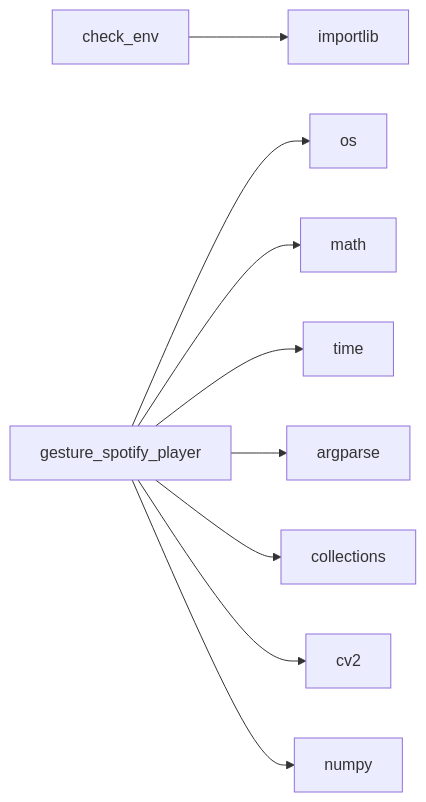
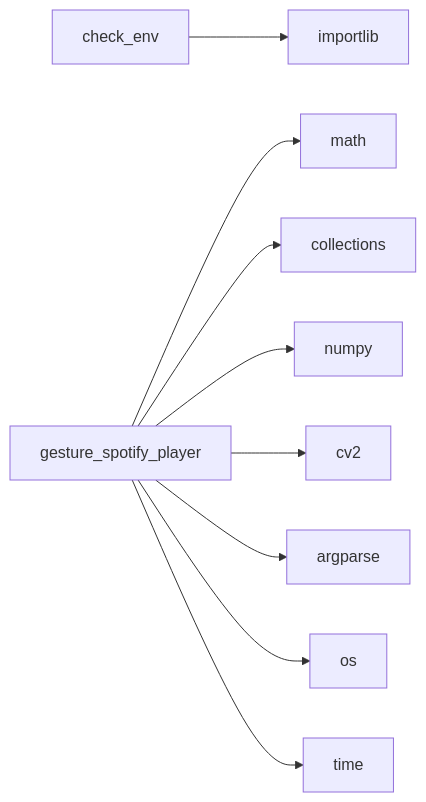
Before and after one commit to NITISH-R-G/PalmPlay1: the diagram in .github/docs/dependencies.md, drawn with Mermaid. The commit also changed other lines of this file and 3 other files, not shown here.

Commit message:
docs: update repository documentation and diagrams [skip ci]

````diff
--- a/.github/docs/dependencies.md
+++ b/.github/docs/dependencies.md
@@ -3,15 +3,15 @@
 ```mermaid
 graph LR
     check_env[check_env]
     check_env --> importlib[importlib]
     gesture_spotify_player[gesture_spotify_player]
+    gesture_spotify_player --> math[math]
+    gesture_spotify_player --> collections[collections]
+    gesture_spotify_player --> numpy[numpy]
+    gesture_spotify_player --> cv2[cv2]
+    gesture_spotify_player --> argparse[argparse]
     gesture_spotify_player --> os[os]
-    gesture_spotify_player --> math[math]
     gesture_spotify_player --> time[time]
-    gesture_spotify_player --> argparse[argparse]
-    gesture_spotify_player --> collections[collections]
-    gesture_spotify_player --> cv2[cv2]
-    gesture_spotify_player --> numpy[numpy]
     click check_env href "https://github.com/NITISH-R-G/PalmPlay1/blob/main/check_env.py" "View source code"
     click gesture_spotify_player href "https://github.com/NITISH-R-G/PalmPlay1/blob/main/gesture_spotify_player.py" "View source code"
 ```
````
